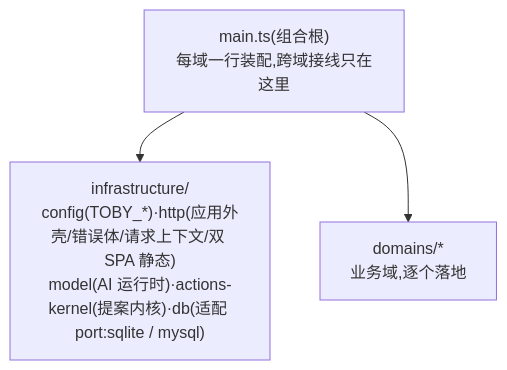
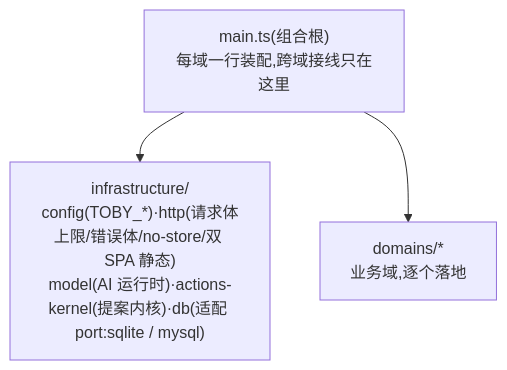
The third of 3 diagrams in docs/system-overview.zh.md (dengyusys/toby), drawn with Mermaid before and after one commit. The commit also changed 1 other file, not shown here.

Commit message:
docs: align the zh infra diagram and PLAN.md with the real layout

````diff
--- a/docs/system-overview.zh.md
+++ b/docs/system-overview.zh.md
@@ -114,8 +114,8 @@
 ```mermaid
 flowchart TB
     BOOT["main.ts(组合根)<br/>每域一行装配,跨域接线只在这里"]
-    INFRA["infrastructure/<br/>config(TOBY_*)·http(应用外壳/错误体/请求上下文/双 SPA 静态)<br/>model(AI 运行时)·actions-kernel(提案内核)·db(适配 port:sqlite / mysql)"]
+    INFRA["infrastructure/<br/>config(TOBY_*)·http(请求体上限/错误体/no-store/双 SPA 静态)<br/>model(AI 运行时)·actions-kernel(提案内核)·db(适配 port:sqlite / mysql)"]
     DOM["domains/*<br/>业务域,逐个落地"]
     BOOT --> INFRA
     BOOT --> DOM
 ```
````
